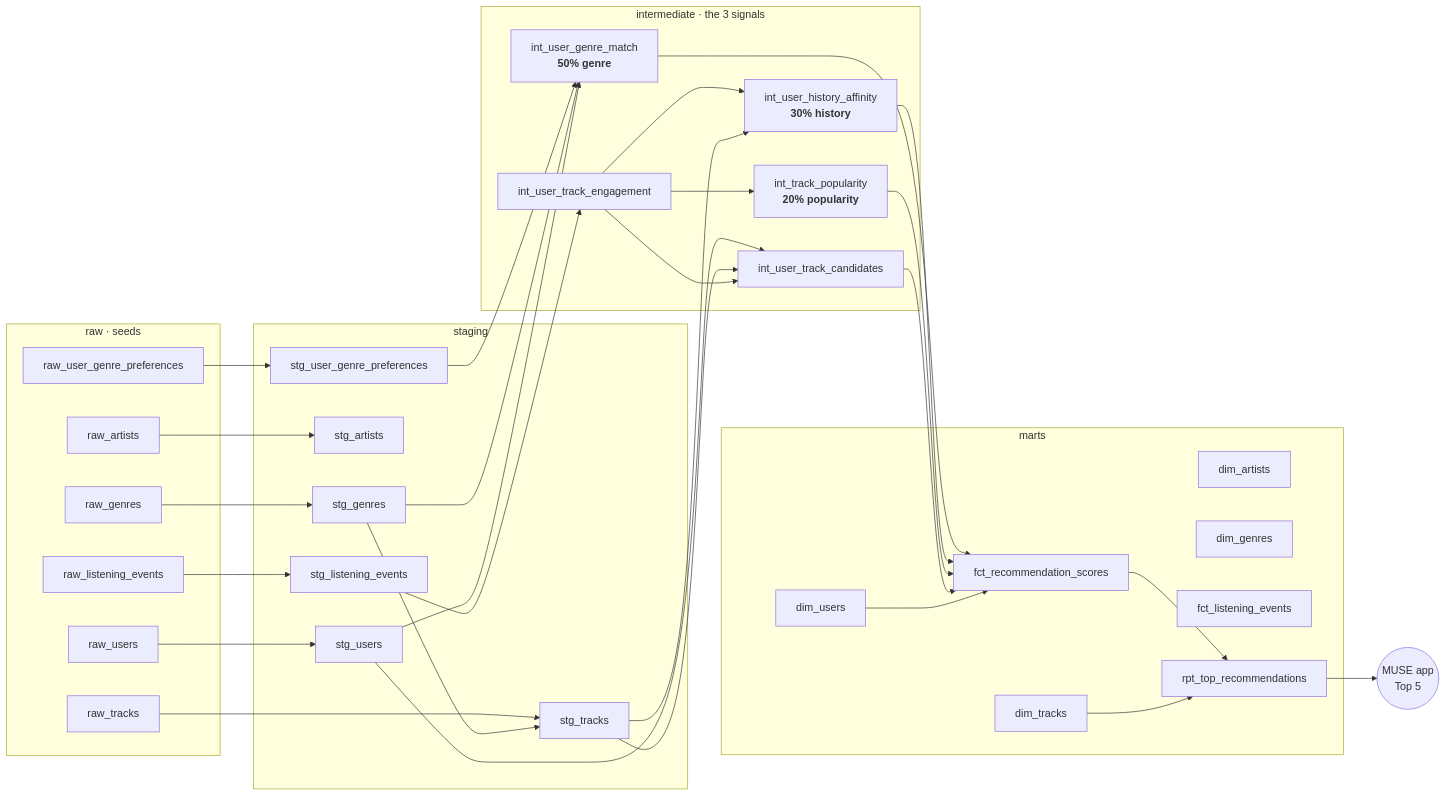
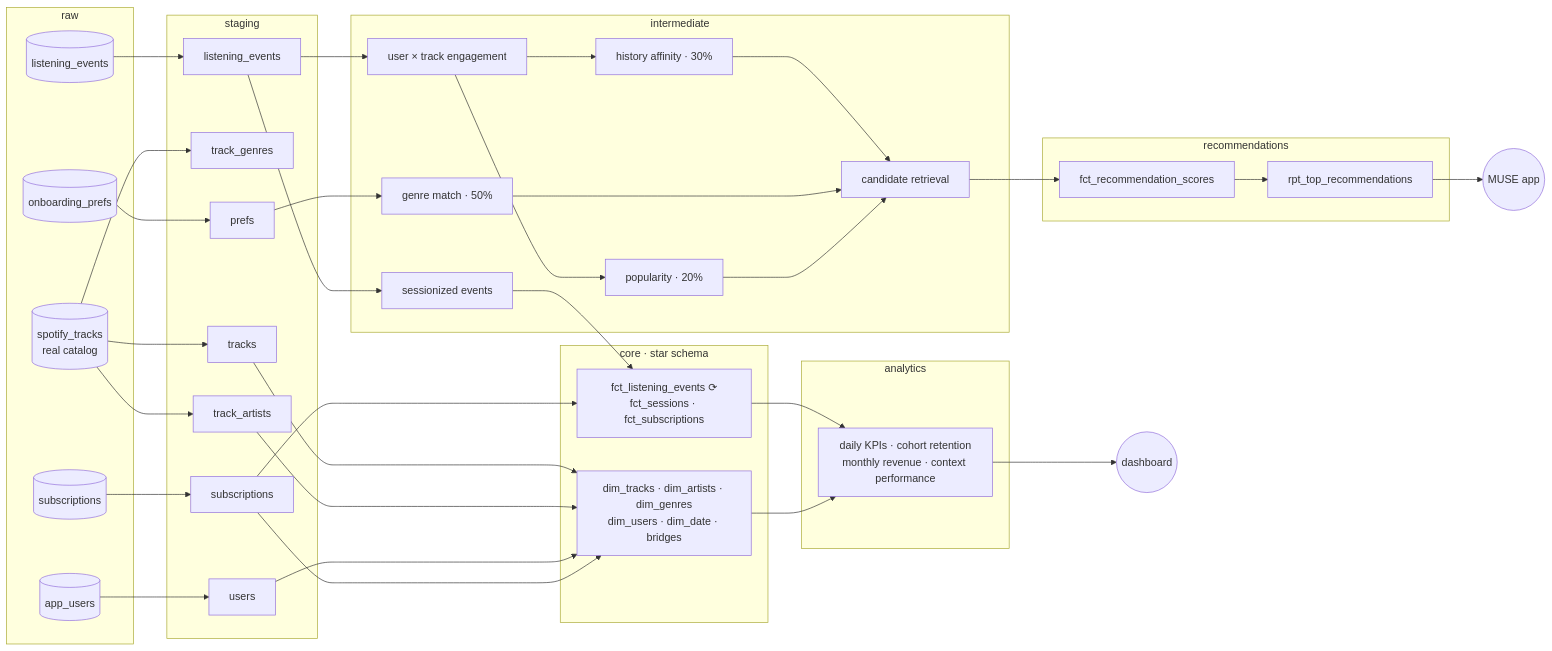
Before and after one commit to larrozeemma-btz/muse-dbt: the diagram in README.md, drawn with Mermaid. The commit also changed other lines of this file and 70 other files, not shown here.

First line of the commit message:
Real Spotify catalog, 4M simulated events, star schema, BigQuery support

````diff
--- a/README.md
+++ b/README.md
@@ -37,35 +44,31 @@
 ```mermaid
 flowchart LR
-  subgraph raw[raw · seeds]
-    ru[raw_users]; ra[raw_artists]; rt[raw_tracks]; rg[raw_genres]
-    rp[raw_user_genre_preferences]; re[raw_listening_events]
+  subgraph raw[raw]
+    sp[(spotify_tracks<br/>real catalog)]
+    ev[(listening_events)]; us[(app_users)]; ob[(onboarding_prefs)]; sb[(subscriptions)]
   end
-
   subgraph stg[staging]
-    su[stg_users]; sa[stg_artists]; st[stg_tracks]; sg[stg_genres]
-    sp[stg_user_genre_preferences]; se[stg_listening_events]
+    t[tracks]; tg[track_genres]; ta[track_artists]; e[listening_events]; u[users]; p[prefs]; s[subscriptions]
   end
-
-  subgraph int[intermediate · the 3 signals]
-    gm[int_user_genre_match<br/><b>50% genre</b>]
-    eng[int_user_track_engagement]
-    ha[int_user_history_affinity<br/><b>30% history</b>]
-    pop[int_track_popularity<br/><b>20% popularity</b>]
-    cand[int_user_track_candidates]
+  subgraph int[intermediate]
+    sess[sessionized events]; eng[user × track engagement]
+    gm[genre match · 50%]; ha[history affinity · 30%]; pop[popularity · 20%]
+    cand[candidate retrieval]
   end
-
-  subgraph marts[marts]
-    du[dim_users]; dt[dim_tracks]; da[dim_artists]; dg[dim_genres]; fe[fct_listening_events]
-    fs[fct_recommendation_scores]
-    top[rpt_top_recommendations]
+  subgraph core[core · star schema]
+    dims[dim_tracks · dim_artists · dim_genres<br/>dim_users · dim_date · bridges]
+    facts[fct_listening_events ⟳<br/>fct_sessions · fct_subscriptions]
   end
-
-  ru-->su; ra-->sa; rt-->st; rg-->sg; rp-->sp; re-->se
-  sg-->st
-  sp-->gm; sg-->gm; su-->gm
-  se-->eng; eng-->ha; st-->ha; eng-->pop
-  su-->cand; st-->cand; eng-->cand
-  gm-->fs; ha-->fs; pop-->fs; cand-->fs; du-->fs
-  fs-->top; dt-->top
-  top-->app((MUSE app<br/>Top 5))
+  subgraph reco[recommendations]
+    fs[fct_recommendation_scores]; top[rpt_top_recommendations]
+  end
+  subgraph ana[analytics]
+    kpi[daily KPIs · cohort retention<br/>monthly revenue · context performance]
+  end
+  sp-->t & tg & ta; ev-->e; us-->u; ob-->p; sb-->s
+  e-->sess-->facts; e-->eng-->ha & pop
+  p-->gm; ha & gm & pop-->cand-->fs
+  t & ta-->dims; u & s-->dims; s-->facts
+  fs-->top-->app((MUSE app))
+  facts & dims-->kpi-->dash((dashboard))
 ```
````
